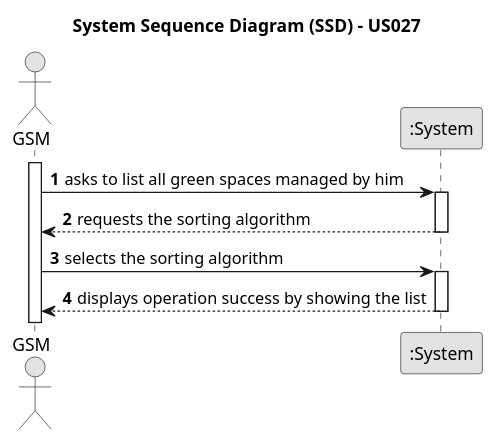
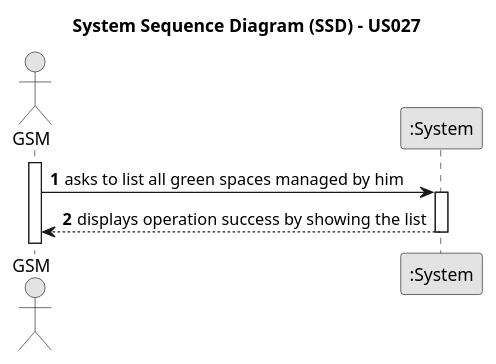
The diagram in docs/sprintC/us027/01.requirements-engineering/puml/us027-system-sequence-diagram-alternative-one.puml (ricardomm7/leaflink), drawn with PlantUML before and after one commit. The commit also changed 9 other files, not shown here.

```diff
--- a/docs/sprintC/us027/01.requirements-engineering/puml/us027-system-sequence-diagram-alternative-one.puml
+++ b/docs/sprintC/us027/01.requirements-engineering/puml/us027-system-sequence-diagram-alternative-one.puml
@@ -1,26 +1,23 @@
 @startuml
 skinparam monochrome true
 skinparam packageStyle rectangle
 skinparam shadowing false
 
 title System Sequence Diagram (SSD) - US027
 
 autonumber
 
 actor "GSM" as GSM
 participant ":System" as System
 
 activate GSM
 
     GSM -> System : asks to list all green spaces managed by him
     activate System
 
-        System --> GSM : requests the sorting algorithm
-    deactivate System
-    GSM -> System : selects the sorting algorithm
-    activate System
+       
 
         System --> GSM : displays operation success by showing the list
     deactivate System
 
 @enduml
```
